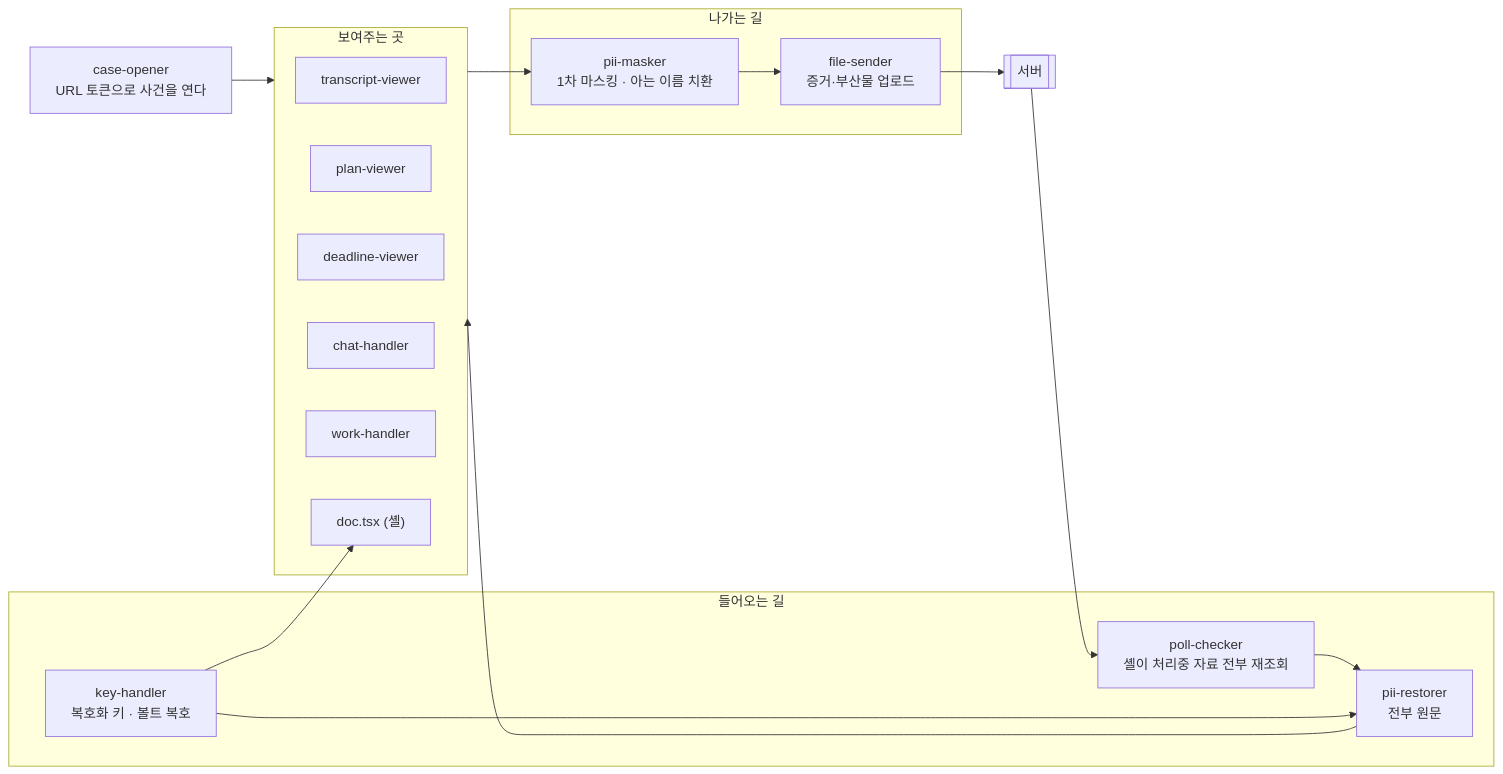
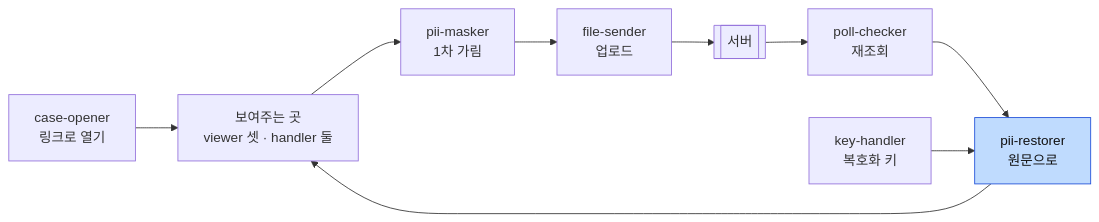
One commit to Dojaegyum/fsec-ai-challenge changed the eighth of 10 diagrams in ARCHITECTURE.md. Above: the diagram before and after it, drawn with Mermaid. The commit also changed other lines of this file and 4 other files, not shown here.

First line of the commit message:
ARCHITECTURE.md 그림을 뷰어에서 안 잘리게 다시 그리고, ADR 번호를 그림·본문에서 걷어 절 끝 「근거」로 모으고, 환경·시크릿 절을 없앤다

````diff
--- a/ARCHITECTURE.md
+++ b/ARCHITECTURE.md
@@ -370,30 +313,9 @@
 ```mermaid
 flowchart LR
-    OPEN["case-opener<br/>URL 토큰으로 사건을 연다"]
+    OPEN["case-opener<br/>링크로 열기"] --> SHOW["보여주는 곳<br/>viewer 셋 · handler 둘"]
+    SHOW --> MASK["pii-masker<br/>1차 가림"] --> SEND["file-sender<br/>업로드"] --> SV[["서버"]]
+    SV --> POLL["poll-checker<br/>재조회"] --> REST["pii-restorer<br/>원문으로"] --> SHOW
+    KEY["key-handler<br/>복호화 키"] --> REST
 
-    subgraph OUTBOUND["나가는 길"]
-        MASK["pii-masker<br/>1차 마스킹 · 아는 이름 치환"]
-        SEND["file-sender<br/>증거·부산물 업로드"]
-    end
-
-    subgraph INBOUND["들어오는 길"]
-        POLL["poll-checker<br/>셸이 처리중 자료 전부 재조회"]
-        KEY["key-handler<br/>복호화 키 · 볼트 복호"]
-        REST2["pii-restorer<br/>전부 원문"]
-    end
-
-    subgraph SHOW["보여주는 곳"]
-        TV["transcript-viewer"]
-        PV["plan-viewer"]
-        DV["deadline-viewer"]
-        CH["chat-handler"]
-        WH["work-handler"]
-        DF["doc.tsx (셸)"]
-    end
-
-    OPEN --> SHOW
-    SHOW --> MASK --> SEND --> SERVER[["서버"]]
-    SERVER --> POLL --> REST2 --> SHOW
-    KEY --> REST2
-    KEY --> DF
+    style REST fill:#bfdbfe,stroke:#1d4ed8,color:#111
 ```
````
